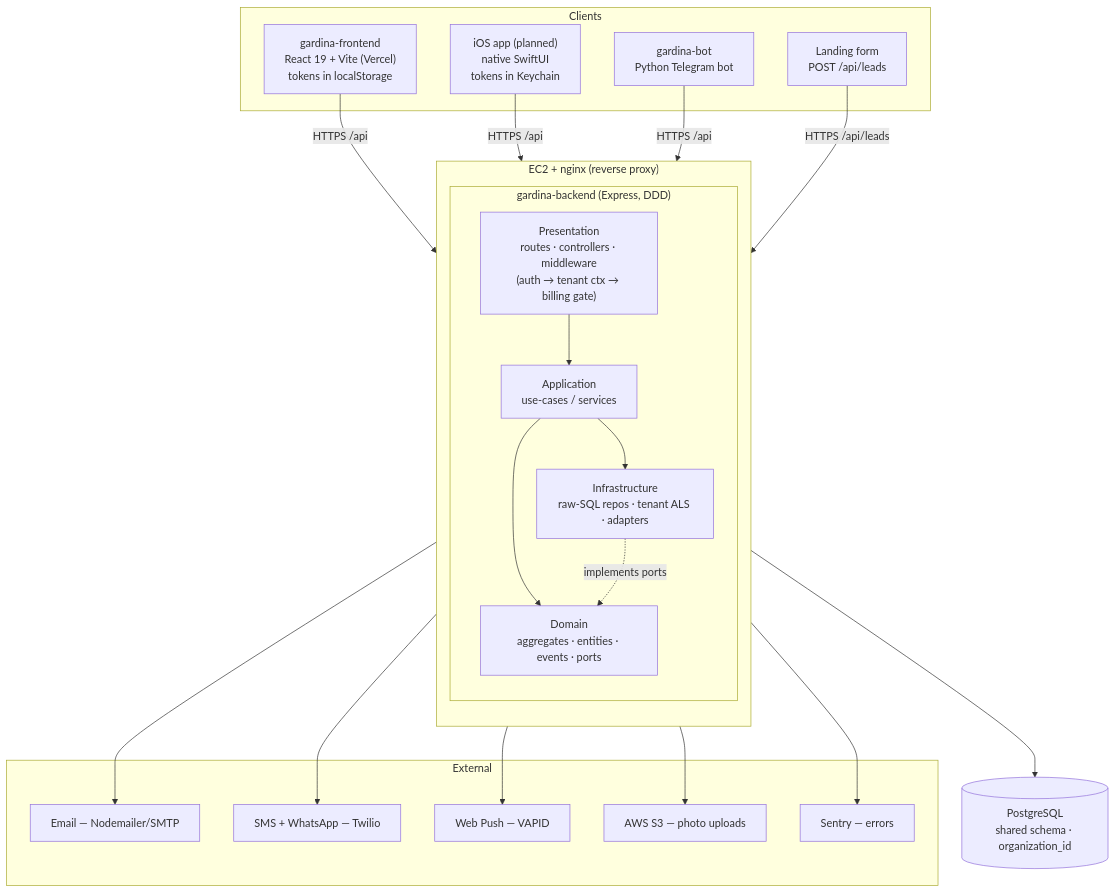
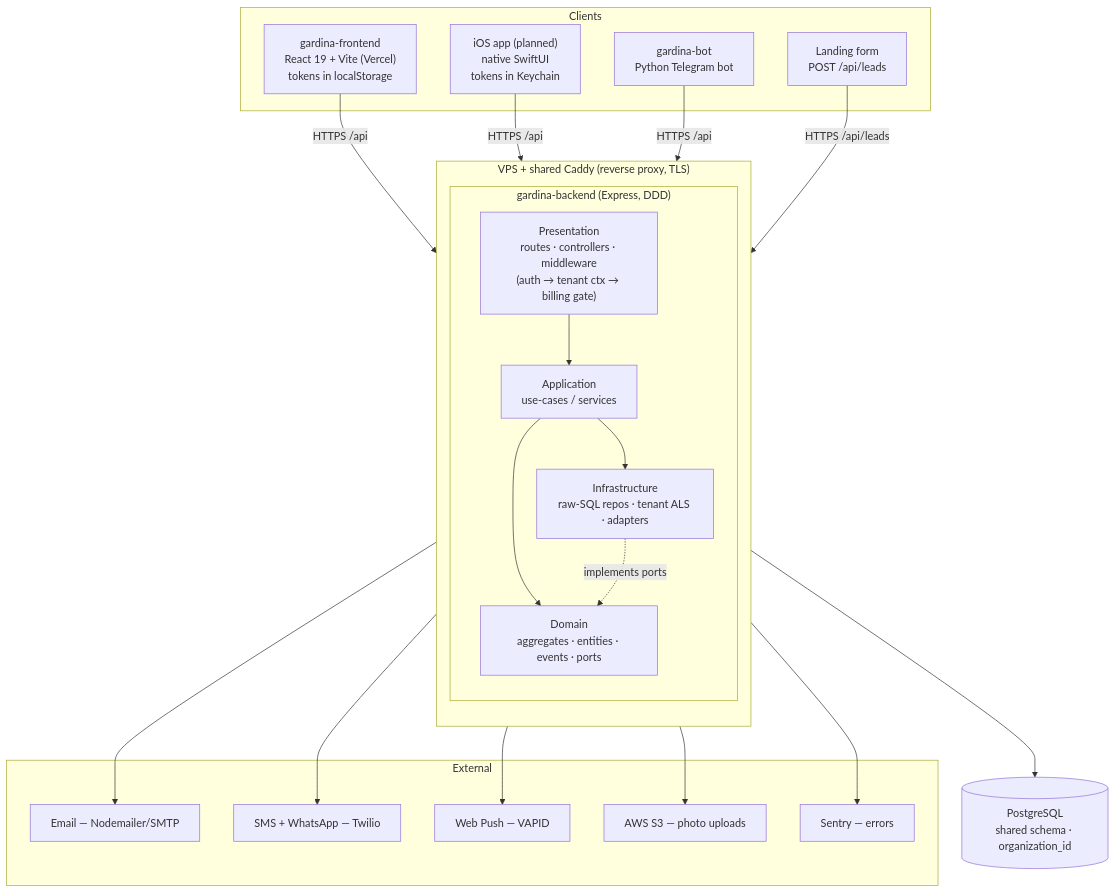
The diagram in docs/ARCHITECTURE.md (nurdamiron/gardina-biz), drawn with Mermaid before and after one commit. The commit also changed other lines of this file and 7 other files, not shown here.

````diff
--- a/docs/ARCHITECTURE.md
+++ b/docs/ARCHITECTURE.md
@@ -173,44 +172,44 @@
 ```mermaid
 flowchart TB
   subgraph Clients
     WEB["gardina-frontend<br/>React 19 + Vite (Vercel)<br/>tokens in localStorage"]
     IOS["iOS app (planned)<br/>native SwiftUI<br/>tokens in Keychain"]
     BOT["gardina-bot<br/>Python Telegram bot"]
     LAND["Landing form<br/>POST /api/leads"]
   end
 
-  subgraph Edge["EC2 + nginx (reverse proxy)"]
+  subgraph Edge["VPS + shared Caddy (reverse proxy, TLS)"]
     direction TB
     subgraph API["gardina-backend (Express, DDD)"]
       PRES["Presentation<br/>routes · controllers · middleware<br/>(auth → tenant ctx → billing gate)"]
       APP["Application<br/>use-cases / services"]
       DOM["Domain<br/>aggregates · entities · events · ports"]
       INFRA["Infrastructure<br/>raw-SQL repos · tenant ALS · adapters"]
     end
   end
 
   DB[("PostgreSQL<br/>shared schema · organization_id")]
 
   subgraph External
     MAIL["Email — Nodemailer/SMTP"]
     TWILIO["SMS + WhatsApp — Twilio"]
     PUSH["Web Push — VAPID"]
     S3["AWS S3 — photo uploads"]
     SENTRY["Sentry — errors"]
   end
 
   WEB -->|HTTPS /api| PRES
   IOS -->|HTTPS /api| PRES
   BOT -->|HTTPS /api| PRES
   LAND -->|HTTPS /api/leads| PRES
 
   PRES --> APP --> DOM
   APP --> INFRA
   INFRA -. implements ports .-> DOM
   INFRA --> DB
   INFRA --> MAIL
   INFRA --> TWILIO
   INFRA --> PUSH
   INFRA --> S3
   API --> SENTRY
 ```
````
